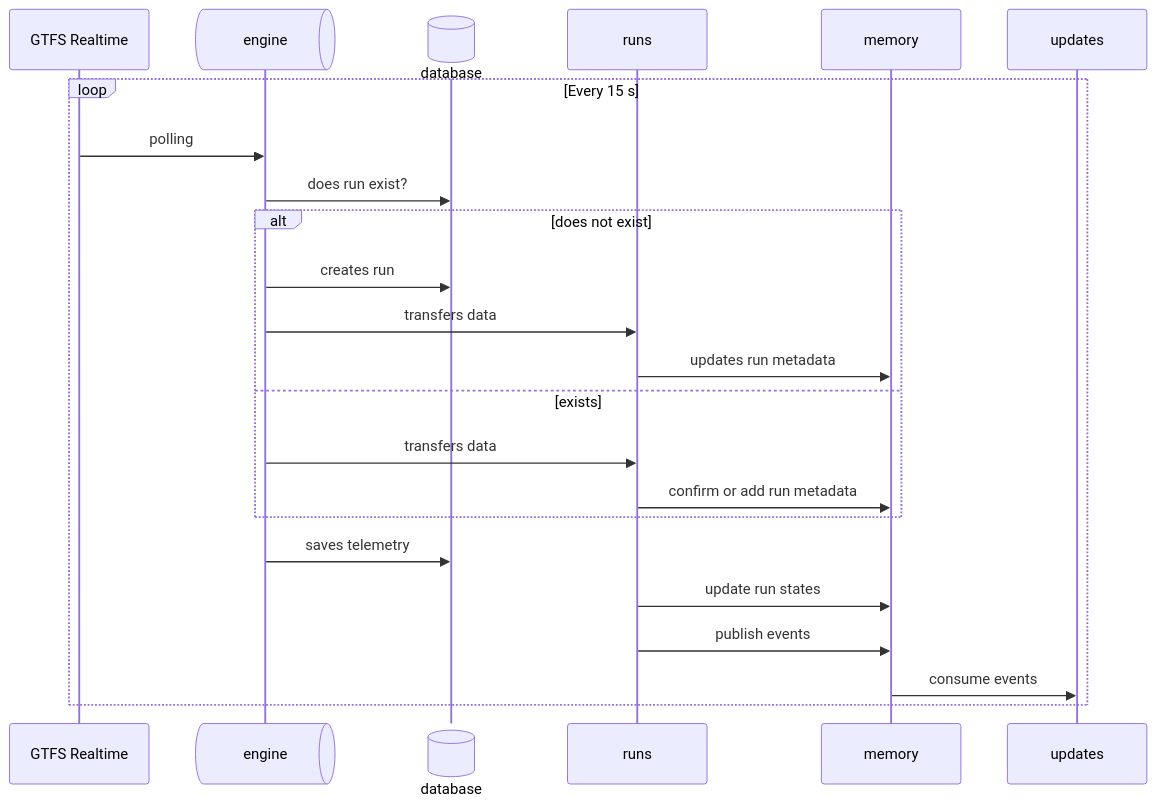
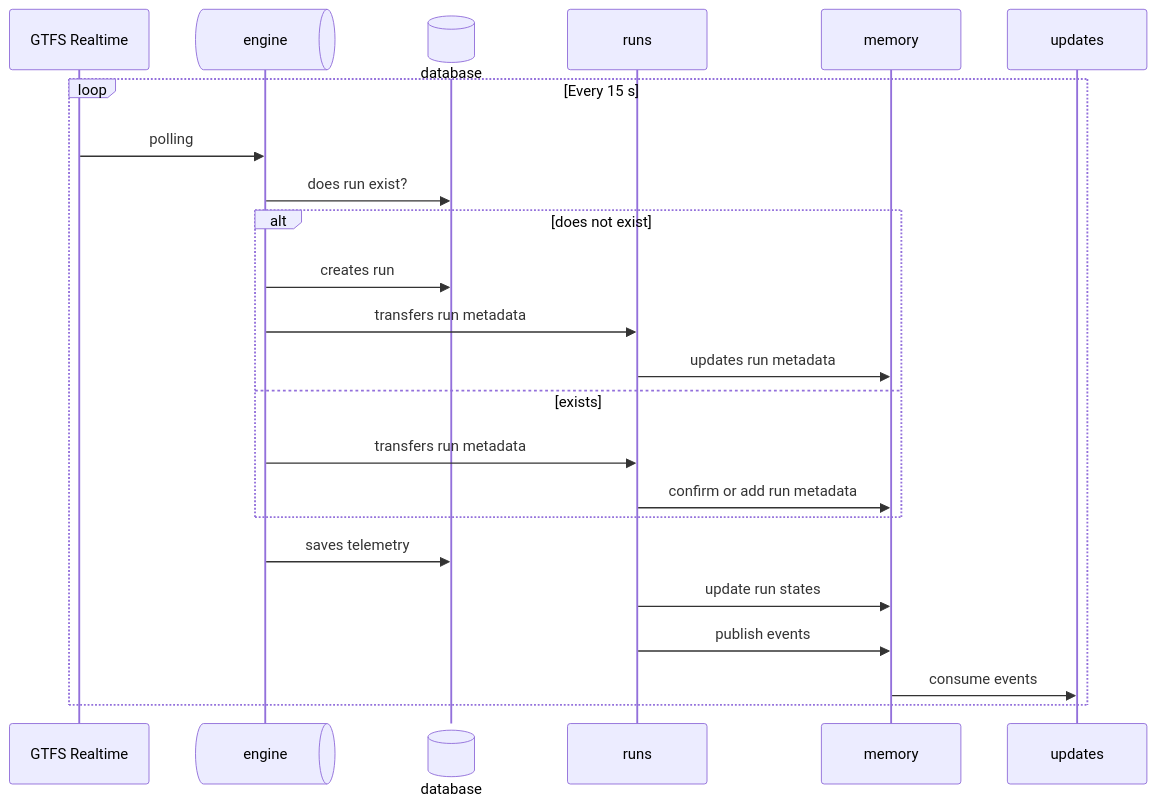
Before and after one commit to simovilab/infobus: the third of 3 diagrams in backend/README.md, drawn with Mermaid. The commit also changed other lines of this file and 22 other files, not shown here.

````diff
--- a/backend/README.md
+++ b/backend/README.md
@@ -67,24 +67,24 @@
 ```mermaid
 sequenceDiagram
     participant G as GTFS Realtime
     participant engine@{ "type" : "queue" }
     participant database@{ "type" : "database" }
 
     loop Every 15 s
         G->>engine: polling
         engine->>database: does run exist?
         alt does not exist
             engine->>database: creates run
-            engine->>runs: transfers data
+            engine->>runs: transfers run metadata
             runs->>memory: updates run metadata
         else exists
-            engine->>runs: transfers data
+            engine->>runs: transfers run metadata
             runs->>memory: confirm or add run metadata
         end
         engine->>database: saves telemetry
         runs->>memory: update run states
         runs->>memory: publish events
         memory->>updates: consume events
     end
 
 ```
````
